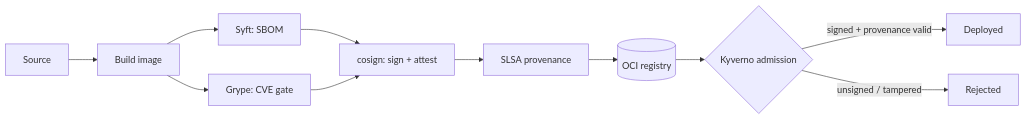
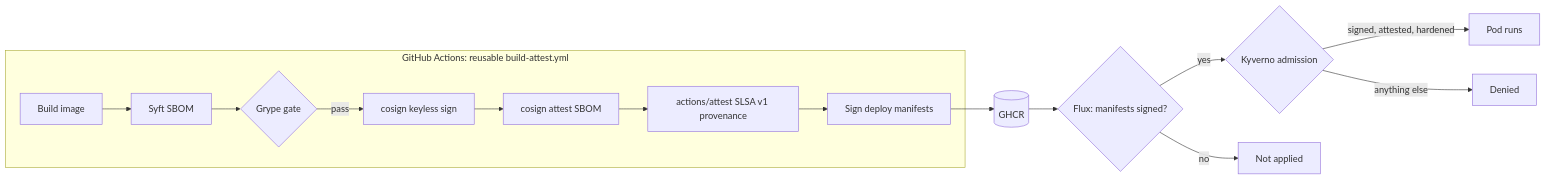
One commit to moheedinamdar/supply-chain-security-pipeline changed the diagram in README.md. Above: the diagram before and after it, drawn with Mermaid. The commit also changed other lines of this file, not shown here.

````diff
--- a/README.md
+++ b/README.md
@@ -34,13 +25,17 @@
 ```mermaid
 flowchart LR
-  A[Source] --> B[Build image]
-  B --> C[Syft: SBOM]
-  B --> D[Grype: CVE gate]
-  C --> E[cosign: sign + attest]
-  D --> E
-  E --> F[SLSA provenance]
-  F --> G[(OCI registry)]
-  G --> H{Kyverno admission}
-  H -- signed + provenance valid --> I[Deployed]
-  H -- unsigned / tampered --> X[Rejected]
+  subgraph CI["GitHub Actions: reusable build-attest.yml"]
+    A[Build image] --> B[Syft SBOM]
+    B --> C{Grype gate}
+    C -- pass --> D[cosign keyless sign]
+    D --> E[cosign attest SBOM]
+    E --> F[actions/attest SLSA v1 provenance]
+    F --> G[Sign deploy manifests]
+  end
+  G --> R[(GHCR)]
+  R --> FX{Flux: manifests signed?}
+  FX -- yes --> K{Kyverno admission}
+  FX -- no --> X1[Not applied]
+  K -- signed, attested, hardened --> P[Pod runs]
+  K -- anything else --> X2[Denied]
 ```
````
